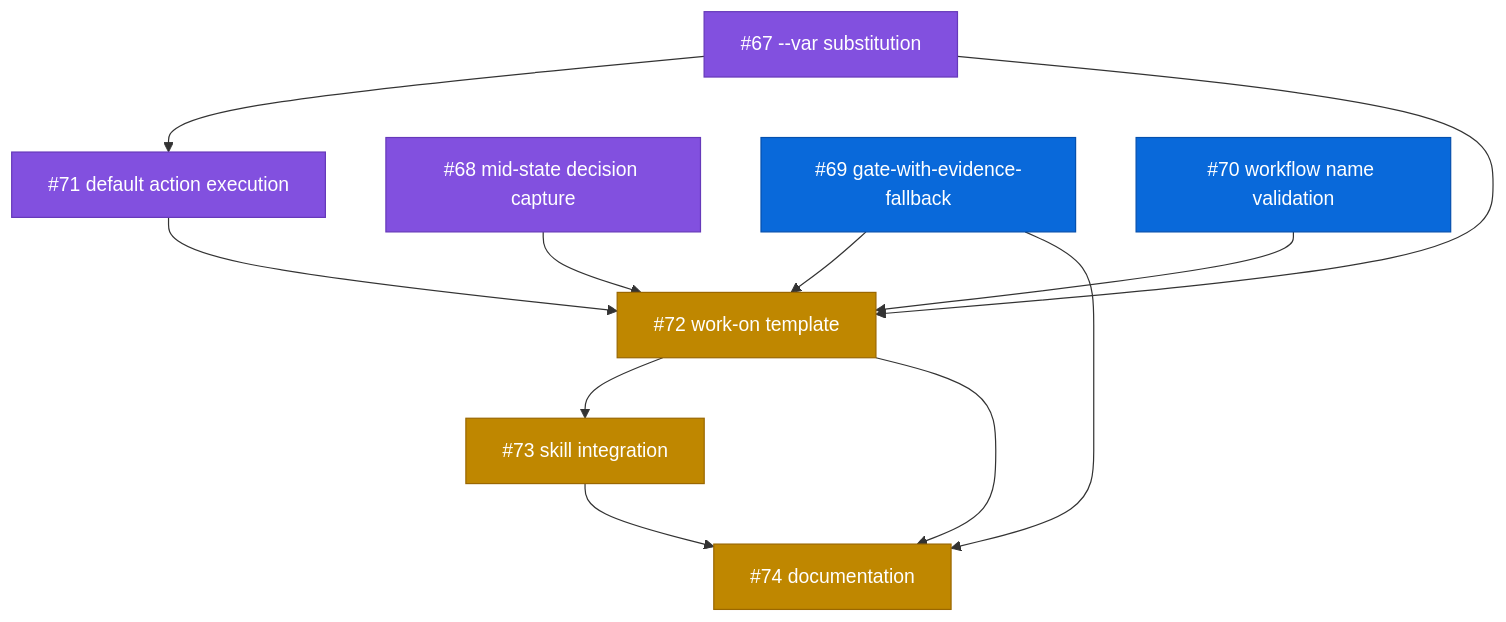
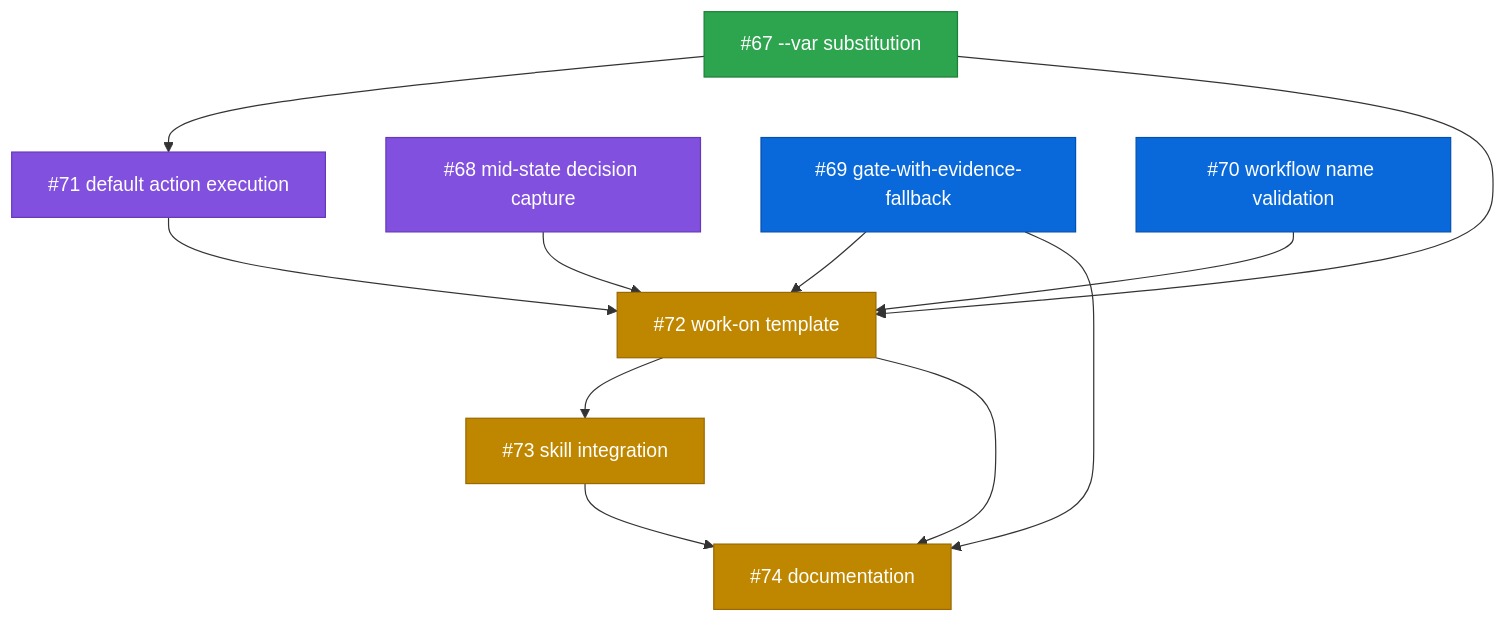
The diagram in docs/plans/PLAN-shirabe-work-on-template.md (tsukumogami/koto), drawn with Mermaid before and after one commit. The commit also changed other lines of this file and 2 other files, not shown here.

First line of the commit message:
docs: mark #67 as done, design as current, discard child plan

````diff
--- a/docs/plans/PLAN-shirabe-work-on-template.md
+++ b/docs/plans/PLAN-shirabe-work-on-template.md
@@ -45,37 +46,38 @@
 ```mermaid
 graph TD
     I67["#67 --var substitution"]
     I71["#71 default action execution"]
     I68["#68 mid-state decision capture"]
     I69["#69 gate-with-evidence-fallback"]
     I70["#70 workflow name validation"]
     I72["#72 work-on template"]
     I73["#73 skill integration"]
     I74["#74 documentation"]
 
     I67 --> I71
     I67 --> I72
     I71 --> I72
     I68 --> I72
     I69 --> I72
     I70 --> I72
     I69 --> I74
     I72 --> I73
     I72 --> I74
     I73 --> I74
 
     classDef done fill:#2da44e,stroke:#1a7f37,color:white
     classDef ready fill:#0969da,stroke:#0550ae,color:white
     classDef blocked fill:#bf8700,stroke:#9a6700,color:white
     classDef needsDesign fill:#8250df,stroke:#6639ba,color:white
     classDef needsPrd fill:#cf222e,stroke:#a40e26,color:white
     classDef needsSpike fill:#bf3989,stroke:#99286e,color:white
     classDef needsDecision fill:#e16f24,stroke:#b35900,color:white
     classDef tracksDesign fill:#8250df,stroke:#6639ba,color:white,stroke-dasharray: 5 5
     classDef tracksPlan fill:#0969da,stroke:#0550ae,color:white,stroke-dasharray: 5 5
 
-    class I67,I68 needsDesign
+    class I67 done
+    class I68 needsDesign
     class I71 needsDesign
     class I69,I70 ready
     class I72,I73,I74 blocked
 ```
````
